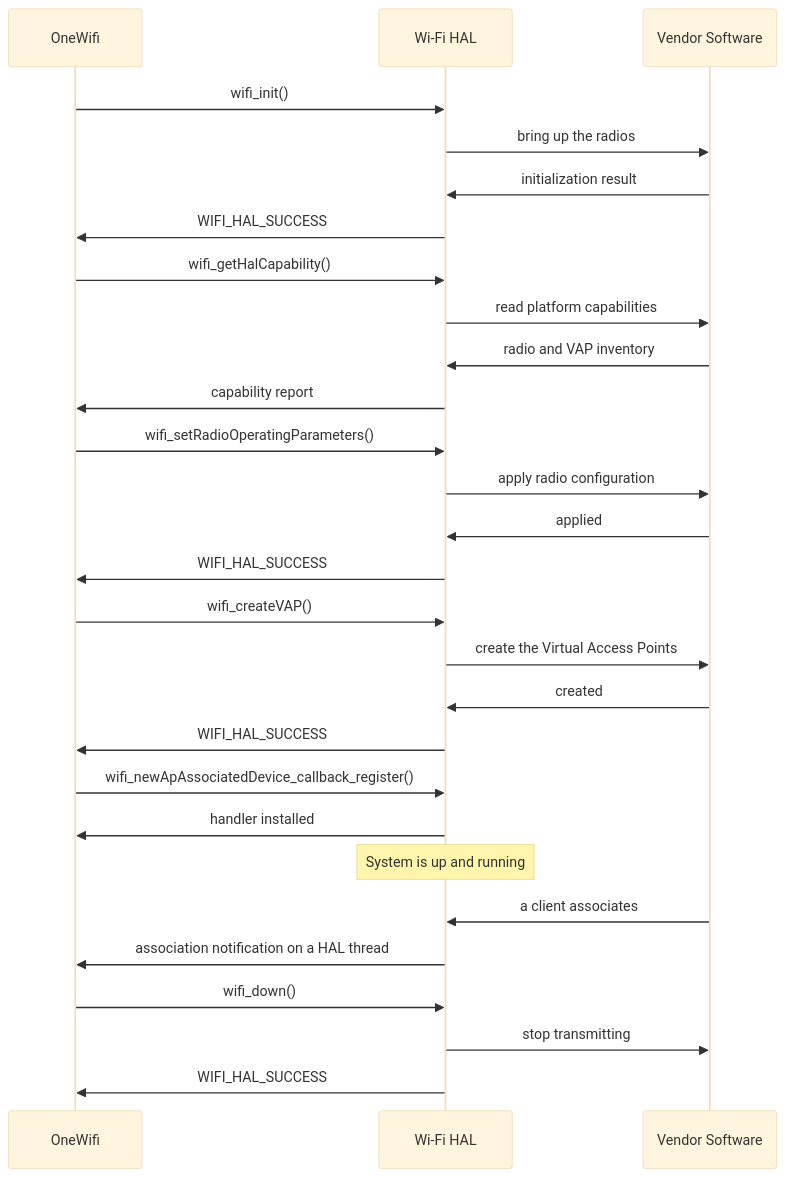
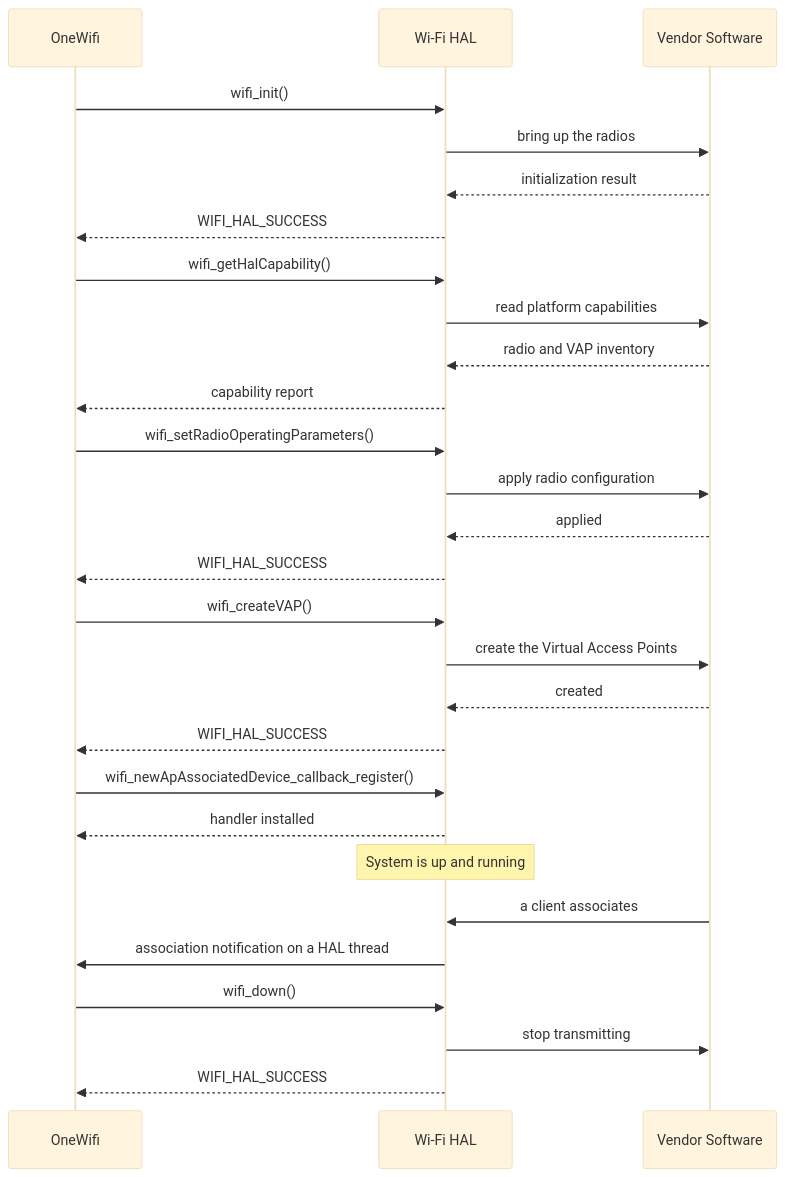
One commit to Blitzy-Sky/rdkb-halif-wifi changed the second of 2 diagrams in docs/pages/halSpec.md. Above: the diagram before and after it, drawn with Mermaid (base theme). The commit also changed other lines of this file, not shown here.

Commit message:
docs: unify Wi-Fi HAL sequence arrows and State Diagram wording
Replies drawn as dashed arrows; the rendering note is removed; the State Diagram topic says no state diagram is drawn.

````diff
--- a/docs/pages/halSpec.md
+++ b/docs/pages/halSpec.md
@@ -887,30 +887,30 @@
 ```mermaid
 sequenceDiagram
     participant Caller as OneWifi
     participant HAL as Wi-Fi HAL
     participant Vendor as Vendor Software
     Caller->>HAL: wifi_init()
     HAL->>Vendor: bring up the radios
-    Vendor->>HAL: initialization result
-    HAL->>Caller: WIFI_HAL_SUCCESS
+    Vendor-->>HAL: initialization result
+    HAL-->>Caller: WIFI_HAL_SUCCESS
     Caller->>HAL: wifi_getHalCapability()
     HAL->>Vendor: read platform capabilities
-    Vendor->>HAL: radio and VAP inventory
-    HAL->>Caller: capability report
+    Vendor-->>HAL: radio and VAP inventory
+    HAL-->>Caller: capability report
     Caller->>HAL: wifi_setRadioOperatingParameters()
     HAL->>Vendor: apply radio configuration
-    Vendor->>HAL: applied
-    HAL->>Caller: WIFI_HAL_SUCCESS
+    Vendor-->>HAL: applied
+    HAL-->>Caller: WIFI_HAL_SUCCESS
     Caller->>HAL: wifi_createVAP()
     HAL->>Vendor: create the Virtual Access Points
-    Vendor->>HAL: created
-    HAL->>Caller: WIFI_HAL_SUCCESS
+    Vendor-->>HAL: created
+    HAL-->>Caller: WIFI_HAL_SUCCESS
     Caller->>HAL: wifi_newApAssociatedDevice_callback_register()
-    HAL->>Caller: handler installed
+    HAL-->>Caller: handler installed
     note over HAL: System is up and running
     Vendor->>HAL: a client associates
     HAL->>Caller: association notification on a HAL thread
     Caller->>HAL: wifi_down()
     HAL->>Vendor: stop transmitting
-    HAL->>Caller: WIFI_HAL_SUCCESS
+    HAL-->>Caller: WIFI_HAL_SUCCESS
 ```
````
